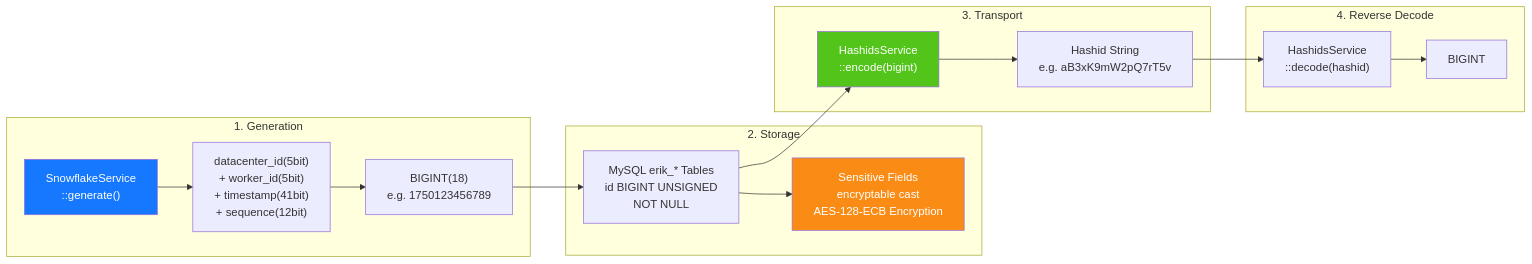
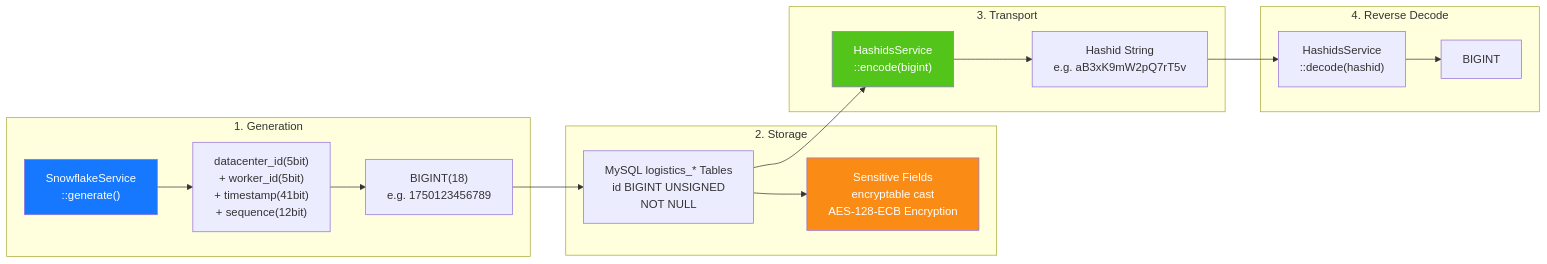
The seventh of 14 diagrams in admin/docs/ARCHITECTURE.en.md (erikwang2013/integrated-global-logistics), drawn with Mermaid before and after one commit. The commit also changed other lines of this file and 211 other files, not shown here.

````diff
--- a/admin/docs/ARCHITECTURE.en.md
+++ b/admin/docs/ARCHITECTURE.en.md
@@ -364,33 +364,33 @@
 ```mermaid
 flowchart LR
     subgraph "1. Generation"
         G1["SnowflakeService<br/>::generate()"]
         G2["datacenter_id(5bit)<br/>+ worker_id(5bit)<br/>+ timestamp(41bit)<br/>+ sequence(12bit)"]
         G3["BIGINT(18)<br/>e.g. 1750123456789"]
         G1 --> G2 --> G3
     end
 
     subgraph "2. Storage"
-        S1["MySQL erik_* Tables<br/>id BIGINT UNSIGNED<br/>NOT NULL"]
+        S1["MySQL logistics_* Tables<br/>id BIGINT UNSIGNED<br/>NOT NULL"]
         S2["Sensitive Fields<br/>encryptable cast<br/>AES-128-ECB Encryption"]
         G3 --> S1
         S1 --> S2
     end
 
     subgraph "3. Transport"
         T1["HashidsService<br/>::encode(bigint)"]
         T2["Hashid String<br/>e.g. aB3xK9mW2pQ7rT5v"]
         S1 --> T1
         T1 --> T2
     end
 
     subgraph "4. Reverse Decode"
         R1["HashidsService<br/>::decode(hashid)"]
         R2["BIGINT"]
         T2 --> R1 --> R2
     end
 
     style G1 fill:#1677FF,color:#fff
     style T1 fill:#52C41A,color:#fff
     style S2 fill:#FA8C16,color:#fff
 ```
````
